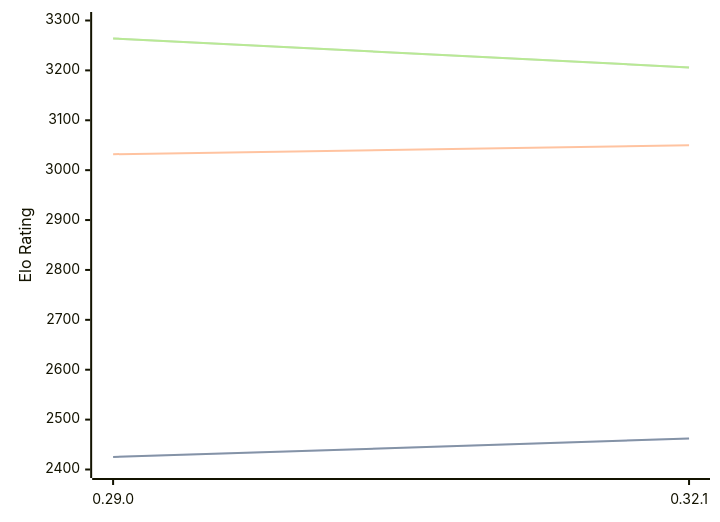
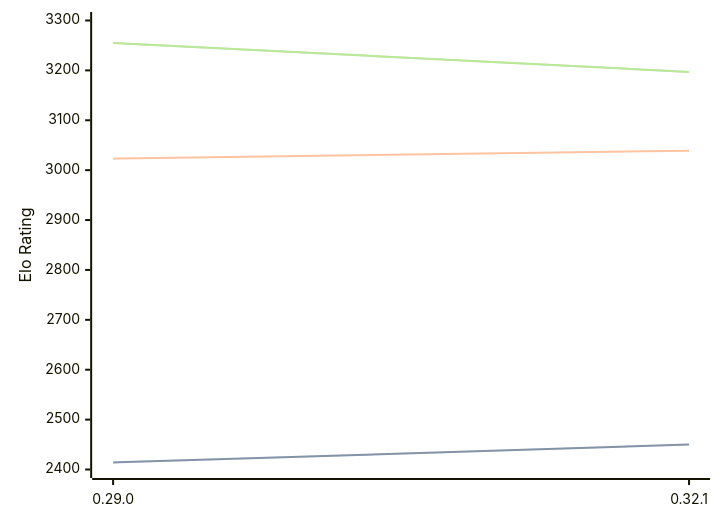
The diagram in engines/Lc0.md (computer-chess-index/cci), drawn with Mermaid before and after one commit. The commit also changed other lines of this file, not shown here.

Commit message:
Update CCI Ratings (ELO VLTC) - 2026-03-19

````diff
--- a/engines/Lc0.md
+++ b/engines/Lc0.md
@@ -66,11 +66,11 @@
 ```mermaid
 %%{init: {"theme":"base","themeVariables":{"seriesColors:['#a3a3a3','#222221','#faa371']}}}%%
 xychart-beta
   x-axis ["0.29.0", "0.32.1"]
   y-axis "Elo Rating" 2400 --> 3300
-  line "STC (8.0+0.08s)" [2425, 2462]
-  line "STC (8.0+0.08s)" [2425, 2462]
-  line "LTC (60.0+0.60s)" [3032, 3050]
-  line "VLTC (2m24s+1.12s)" [3264, 3206]
-  line "VLTC (2m24s+1.12s)" [3264, 3206]
+  line "STC (8.0+0.08s)" [2414, 2450]
+  line "STC (8.0+0.08s)" [2414, 2450]
+  line "LTC (60.0+0.60s)" [3023, 3039]
+  line "VLTC (2m24s+1.12s)" [3255, 3197]
+  line "VLTC (2m24s+1.12s)" [3255, 3197]
 ```
````
